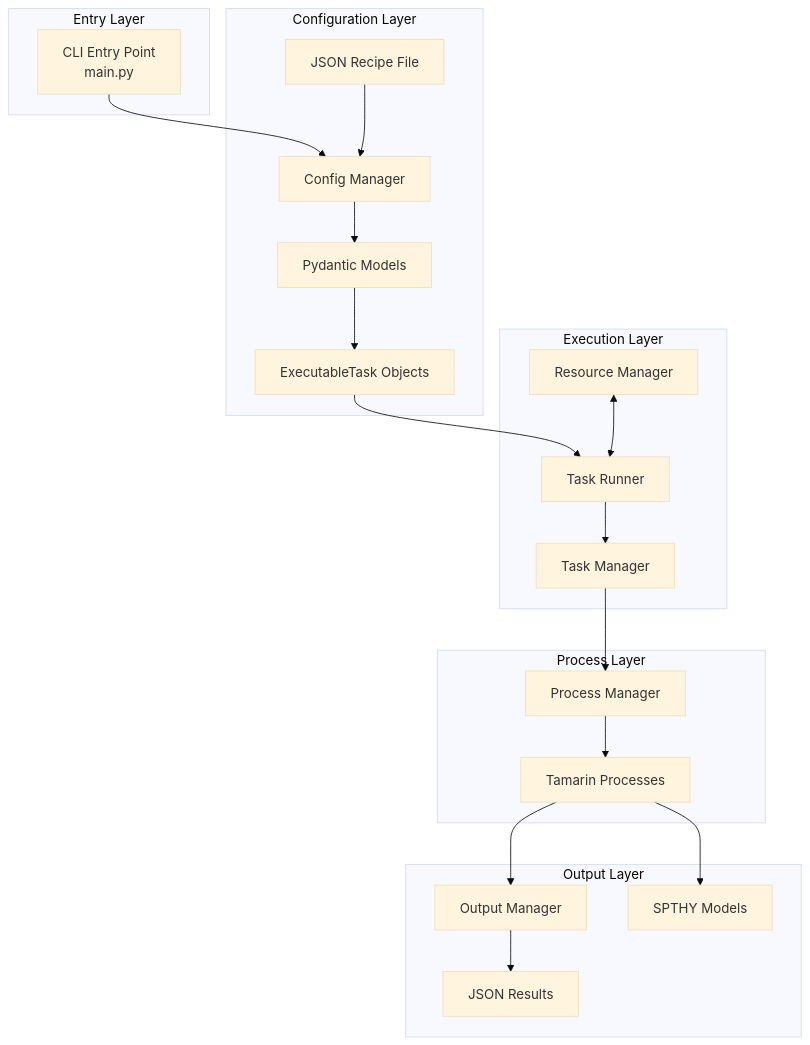
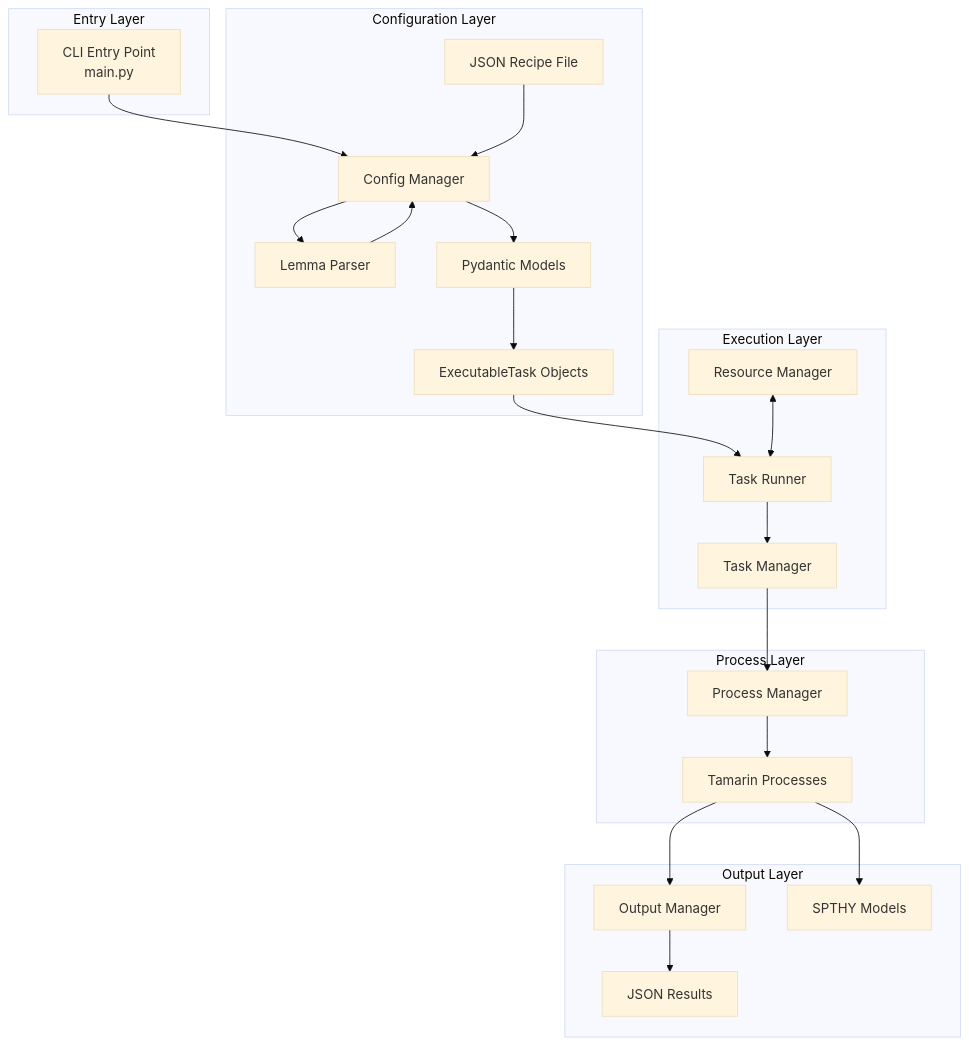
Before and after one commit to tamarin-prover/batch-tamarin: the first of 10 diagrams in ARCHITECTURE.md, drawn with Mermaid (base theme). The commit also changed other lines of this file, not shown here.

Commit message:
docs(arch): updated project architecture

````diff
--- a/ARCHITECTURE.md
+++ b/ARCHITECTURE.md
@@ -56,43 +57,46 @@
 ```mermaid
 graph TB
     subgraph "Entry Layer"
         CLI[CLI Entry Point<br/>main.py]
     end
 
     subgraph "Configuration Layer"
         CM[Config Manager]
+        LP[Lemma Parser]
         JSON[JSON Recipe File]
         PM[Pydantic Models]
         ET[ExecutableTask Objects]
     end
 
     subgraph "Execution Layer"
         TR[Task Runner]
         RM[Resource Manager]
         TM[Task Manager]
     end
 
     subgraph "Process Layer"
         PROC[Process Manager]
         TP[Tamarin Processes]
     end
 
     subgraph "Output Layer"
         OM[Output Manager]
         RESULTS[JSON Results]
         MODELS[SPTHY Models]
     end
 
     CLI --> CM
     JSON --> CM
+    CM --> LP
     CM --> PM
+    LP --> CM
     PM --> ET
     ET --> TR
     RM <--> TR
     TR --> TM
     TM --> PROC
     PROC --> TP
     TP --> OM
     OM --> RESULTS
     TP --> MODELS
 ```
````
